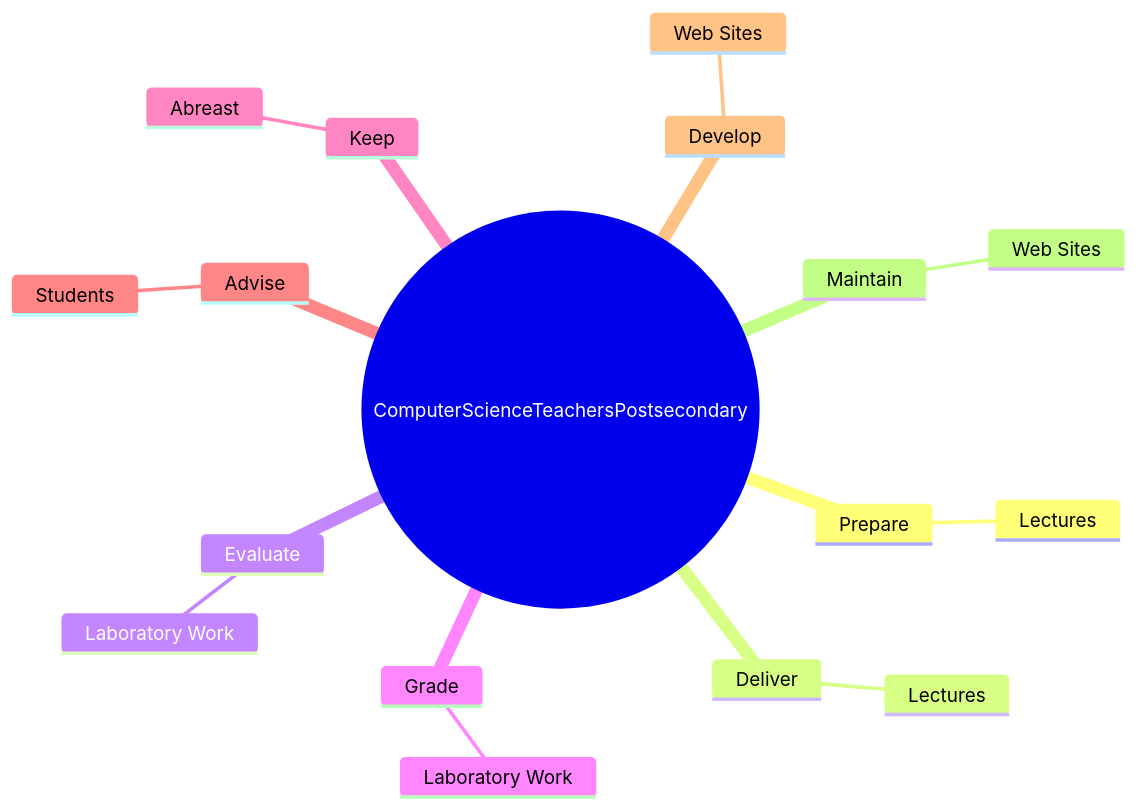
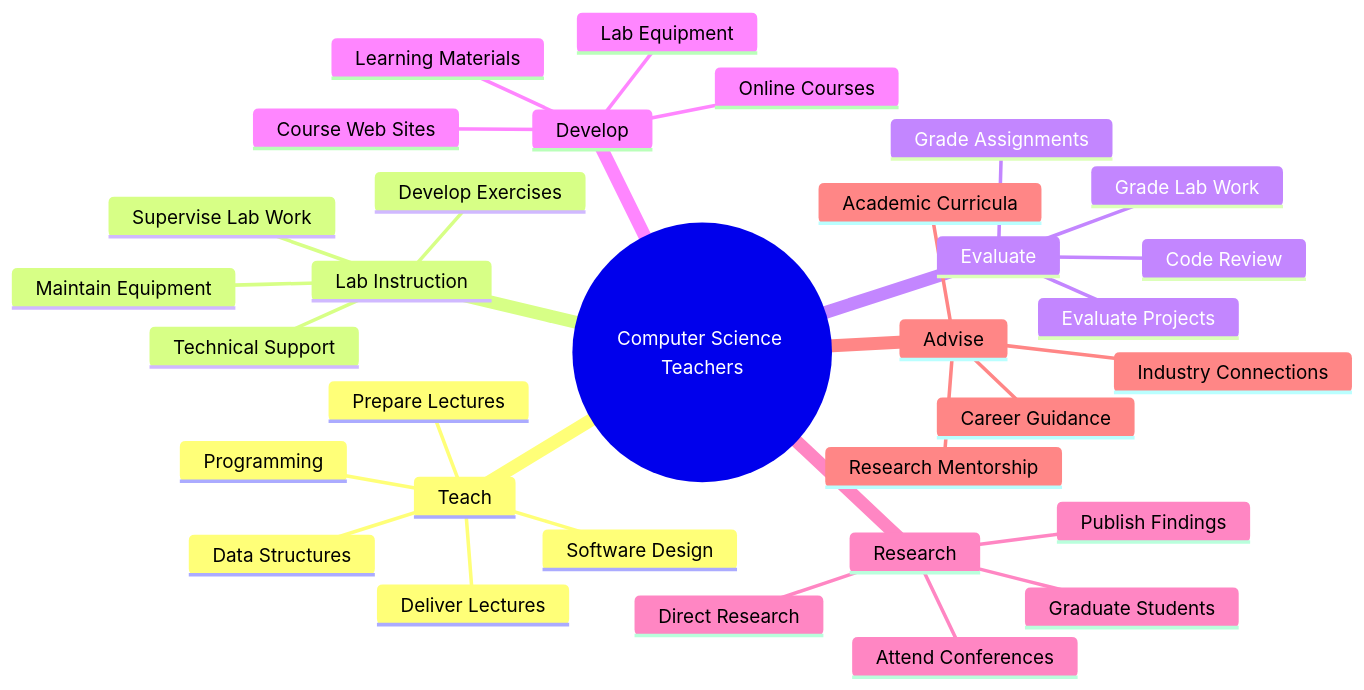
One commit to kziemski/business.org.ai changed the second of 4 diagrams in occupations/Education/ComputerScienceTeachersPostsecondary.mdx. Above: the diagram before and after it, drawn with Mermaid. The commit also changed other lines of this file and 938 other files, not shown here.

````diff
--- a/occupations/Education/ComputerScienceTeachersPostsecondary.mdx
+++ b/occupations/Education/ComputerScienceTeachersPostsecondary.mdx
@@ -37,20 +45,35 @@
 ```mermaid
 mindmap
-    root(("ComputerScienceTeachersPostsecondary"))
-        Prepare
-            Lectures
-        Deliver
-            Lectures
+    root(("Computer Science Teachers"))
+        Teach
+            Prepare Lectures
+            Deliver Lectures
+            Programming
+            Data Structures
+            Software Design
+        Lab Instruction
+            Supervise Lab Work
+            Maintain Equipment
+            Develop Exercises
+            Technical Support
         Evaluate
-            Laboratory Work
-        Grade
-            Laboratory Work
-        Keep
-            Abreast
+            Grade Lab Work
+            Grade Assignments
+            Evaluate Projects
+            Code Review
+        Develop
+            Course Web Sites
+            Online Courses
+            Lab Equipment
+            Learning Materials
+        Research
+            Direct Research
+            Graduate Students
+            Publish Findings
+            Attend Conferences
         Advise
-            Students
-        Develop
-            Web Sites
-        Maintain
-            Web Sites
+            Academic Curricula
+            Career Guidance
+            Research Mentorship
+            Industry Connections
 ```
````
